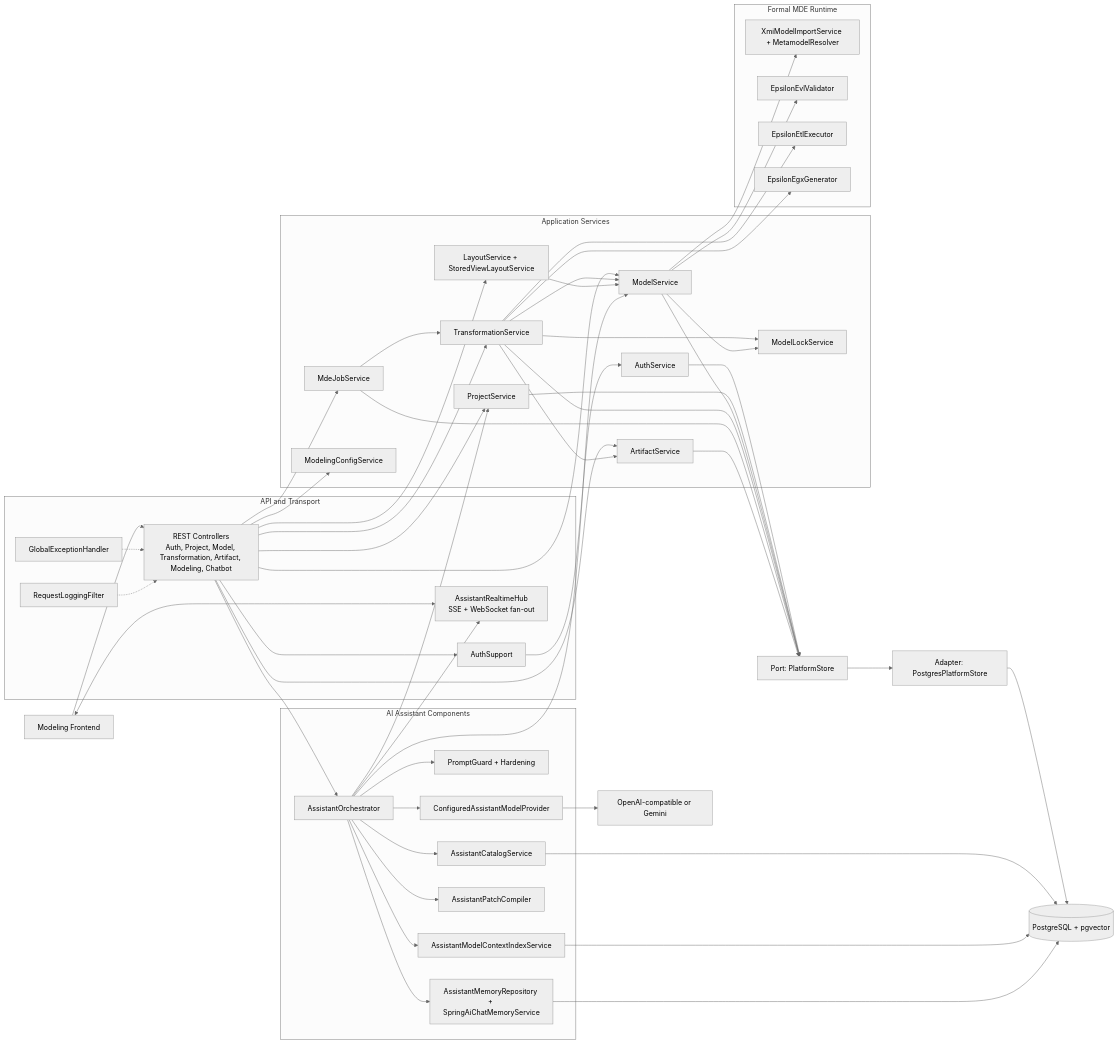
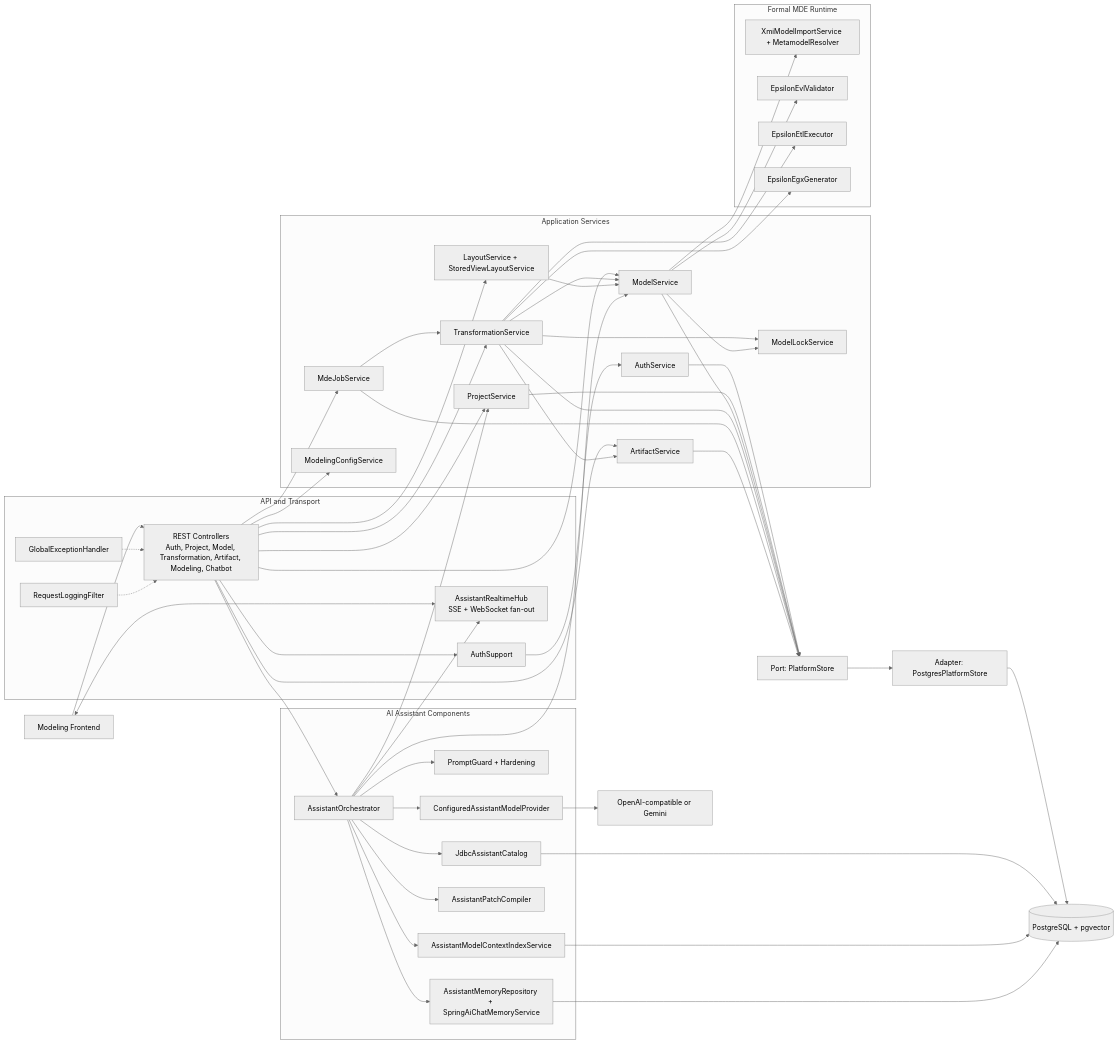
Before and after one commit to mehdieidi/modriss: the diagram in docs/diagrams/03-c4-backend-components.md, drawn with Mermaid (neutral theme). The commit also changed 50 other files, not shown here.

```diff
--- a/docs/diagrams/03-c4-backend-components.md
+++ b/docs/diagrams/03-c4-backend-components.md
@@ -28,7 +28,7 @@
         orchestrator["AssistantOrchestrator"]
         provider["ConfiguredAssistantModelProvider"]
         guard["PromptGuard + Hardening"]
-        catalog["AssistantCatalogService"]
+        catalog["JdbcAssistantCatalog"]
         context["AssistantModelContextIndexService"]
         patch["AssistantPatchCompiler"]
         memory["AssistantMemoryRepository + SpringAiChatMemoryService"]
```
